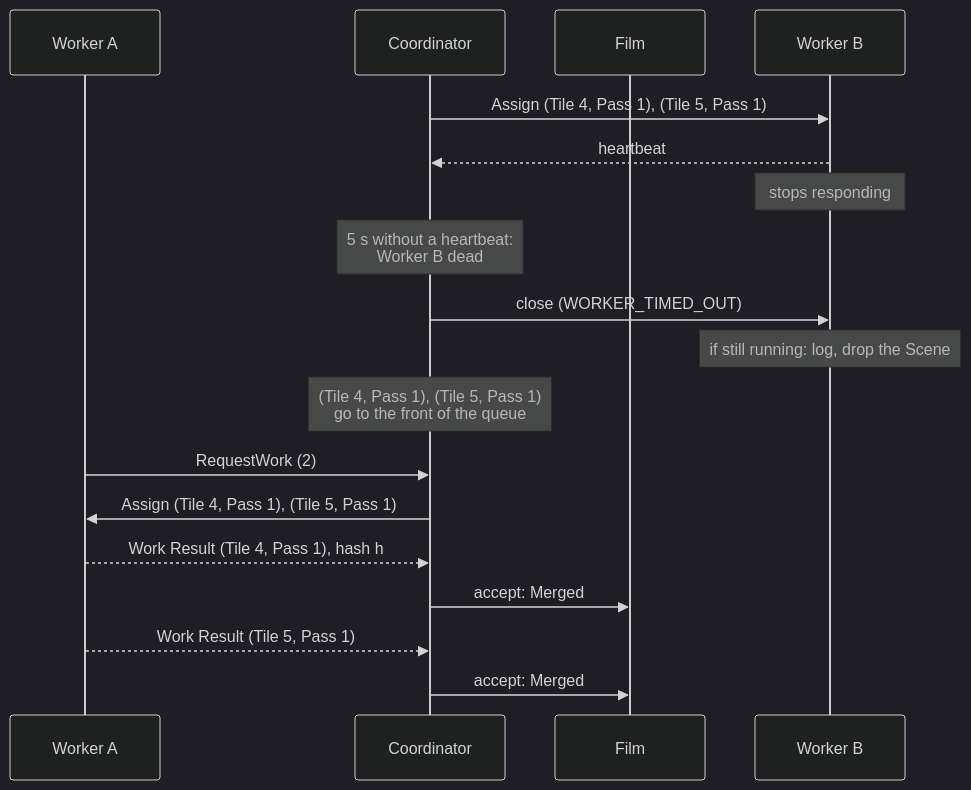
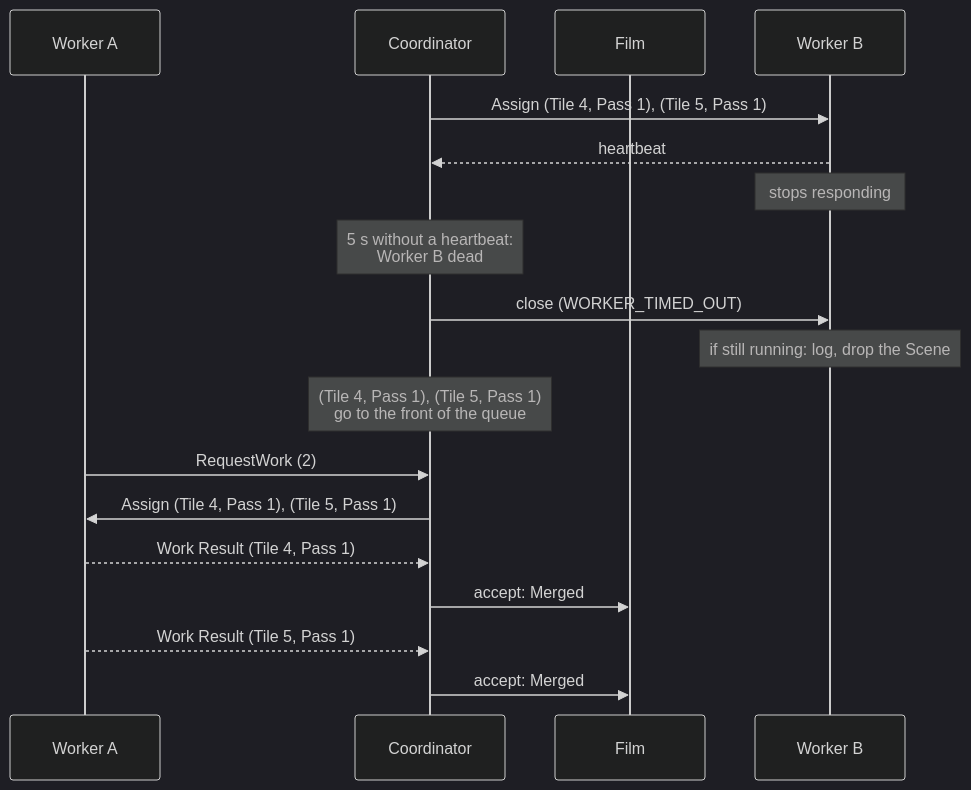
Before and after one commit to sergioffpc/umbra: the third of 6 diagrams in docs/architecture/06-runtime-view.md, drawn with Mermaid (dark theme). The commit also changed other lines of this file and 28 other files, not shown here.

````diff
--- a/docs/architecture/06-runtime-view.md
+++ b/docs/architecture/06-runtime-view.md
@@ -93,20 +93,20 @@
 ```mermaid
 sequenceDiagram
     participant A as Worker A
     participant C as Coordinator
     participant F as Film
     participant B as Worker B
     C->>B: Assign (Tile 4, Pass 1), (Tile 5, Pass 1)
     B-->>C: heartbeat
     Note over B: stops responding
     Note over C: 5 s without a heartbeat:<br/>Worker B dead
     C->>B: close (WORKER_TIMED_OUT)
     Note over B: if still running: log, drop the Scene
     Note over C: (Tile 4, Pass 1), (Tile 5, Pass 1)<br/>go to the front of the queue
     A->>C: RequestWork (2)
     C->>A: Assign (Tile 4, Pass 1), (Tile 5, Pass 1)
-    A-->>C: Work Result (Tile 4, Pass 1), hash h
+    A-->>C: Work Result (Tile 4, Pass 1)
     C->>F: accept: Merged
     A-->>C: Work Result (Tile 5, Pass 1)
     C->>F: accept: Merged
 ```
````
